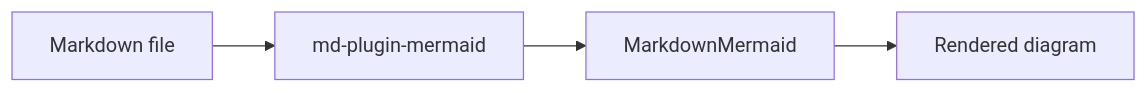
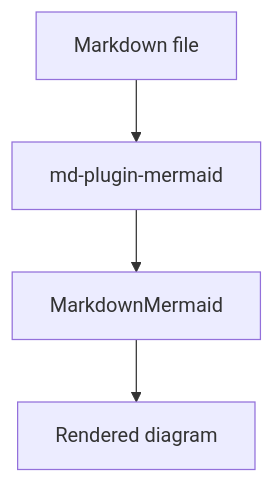
Before and after one commit to md-plugins/md-plugins: the diagram in packages/docs/src/markdown/md-plugins/mermaid/overview.md, drawn with Mermaid. The commit also changed other lines of this file and 5 other files, not shown here.

Commit message:
docs(qpress): clarify theme breakpoints and Mermaid flow

````diff
--- a/packages/docs/src/markdown/md-plugins/mermaid/overview.md
+++ b/packages/docs/src/markdown/md-plugins/mermaid/overview.md
@@ -10,6 +10,6 @@
 ```mermaid
-flowchart LR
+flowchart TD
   Markdown[Markdown file] --> Plugin[md-plugin-mermaid]
   Plugin --> Component[MarkdownMermaid]
   Component --> Diagram[Rendered diagram]
 ```
````
